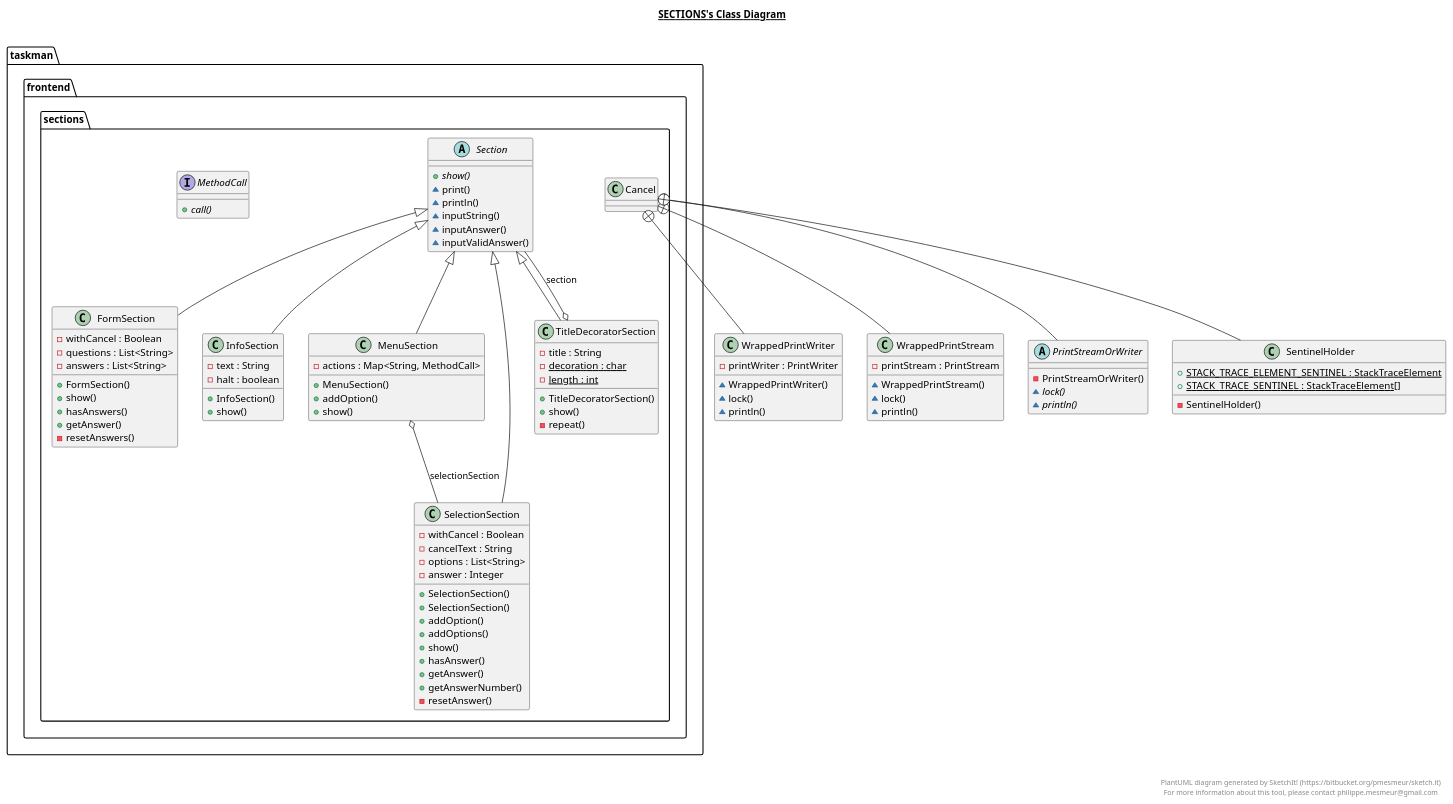
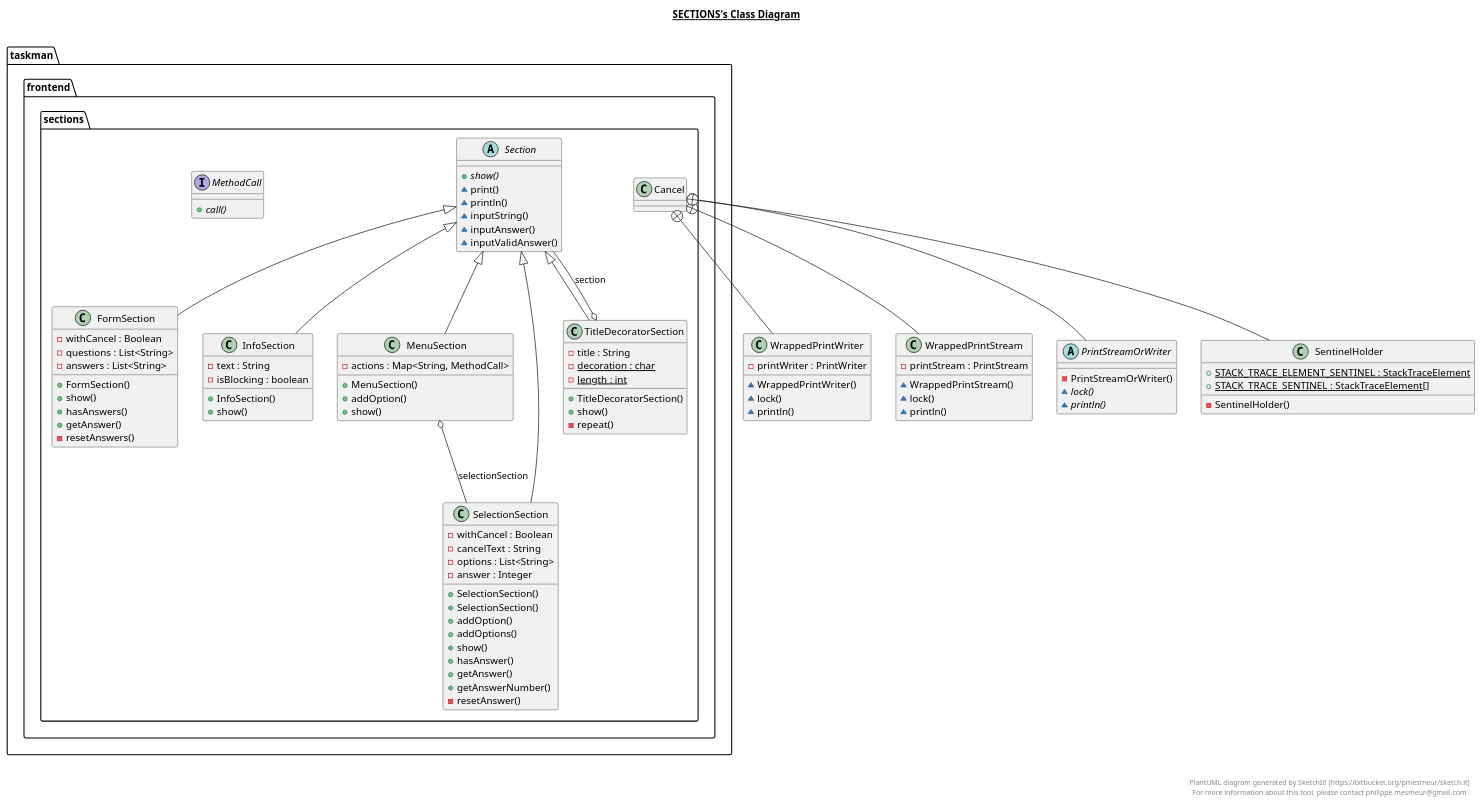
One commit to julienbenaouda/projectJJA changed the diagram in diagrams/class_diagram/reverse_engineered/Sections.plantuml. Above: the diagram before and after it, drawn with PlantUML. The commit also changed 77 other files, not shown here.

```diff
--- a/diagrams/class_diagram/reverse_engineered/Sections.plantuml
+++ b/diagrams/class_diagram/reverse_engineered/Sections.plantuml
@@ -1,177 +1,177 @@
 @startuml
 
 title __SECTIONS's Class Diagram__\n
 
   package taskman {
     package taskman.frontend {
       package taskman.frontend.sections {
         class Cancel {
         }
       }
     }
   }
   
 
   class WrappedPrintWriter {
       - printWriter : PrintWriter
       ~ WrappedPrintWriter()
       ~ lock()
       ~ println()
   }
   
 
   class WrappedPrintStream {
       - printStream : PrintStream
       ~ WrappedPrintStream()
       ~ lock()
       ~ println()
   }
   
 
   abstract class PrintStreamOrWriter {
       - PrintStreamOrWriter()
       {abstract} ~ lock()
       {abstract} ~ println()
   }
   
 
   class SentinelHolder {
       {static} + STACK_TRACE_ELEMENT_SENTINEL : StackTraceElement
       {static} + STACK_TRACE_SENTINEL : StackTraceElement[]
       - SentinelHolder()
   }
   
 
   package taskman {
     package taskman.frontend {
       package taskman.frontend.sections {
         class FormSection {
             - withCancel : Boolean
             - questions : List<String>
             - answers : List<String>
             + FormSection()
             + show()
             + hasAnswers()
             + getAnswer()
             - resetAnswers()
         }
       }
     }
   }
   
 
   package taskman {
     package taskman.frontend {
       package taskman.frontend.sections {
         class InfoSection {
             - text : String
-            - halt : boolean
+            - isBlocking : boolean
             + InfoSection()
             + show()
         }
       }
     }
   }
   
 
   package taskman {
     package taskman.frontend {
       package taskman.frontend.sections {
         class MenuSection {
             - actions : Map<String, MethodCall>
             + MenuSection()
             + addOption()
             + show()
         }
       }
     }
   }
   
 
   package taskman {
     package taskman.frontend {
       package taskman.frontend.sections {
         interface MethodCall {
             {abstract} + call()
         }
       }
     }
   }
   
 
   package taskman {
     package taskman.frontend {
       package taskman.frontend.sections {
         abstract class Section {
             {abstract} + show()
             ~ print()
             ~ println()
             ~ inputString()
             ~ inputAnswer()
             ~ inputValidAnswer()
         }
       }
     }
   }
   
 
   package taskman {
     package taskman.frontend {
       package taskman.frontend.sections {
         class SelectionSection {
             - withCancel : Boolean
             - cancelText : String
             - options : List<String>
             - answer : Integer
             + SelectionSection()
             + SelectionSection()
             + addOption()
             + addOptions()
             + show()
             + hasAnswer()
             + getAnswer()
             + getAnswerNumber()
             - resetAnswer()
         }
       }
     }
   }
   
 
   package taskman {
     package taskman.frontend {
       package taskman.frontend.sections {
         class TitleDecoratorSection {
             - title : String
             {static} - decoration : char
             {static} - length : int
             + TitleDecoratorSection()
             + show()
             - repeat()
         }
       }
     }
   }
   
 
   Cancel +-down- WrappedPrintWriter
   Cancel +-down- WrappedPrintStream
   Cancel +-down- PrintStreamOrWriter
   Cancel +-down- SentinelHolder
   FormSection -up-|> Section
   InfoSection -up-|> Section
   MenuSection -up-|> Section
   MenuSection o-- SelectionSection : selectionSection
   SelectionSection -up-|> Section
   TitleDecoratorSection -up-|> Section
   TitleDecoratorSection o-- Section : section
 
 
 right footer
 
 
 PlantUML diagram generated by SketchIt! (https://bitbucket.org/pmesmeur/sketch.it)
 For more information about this tool, please contact philippe.mesmeur@gmail.com
 endfooter
 
 @enduml
```
